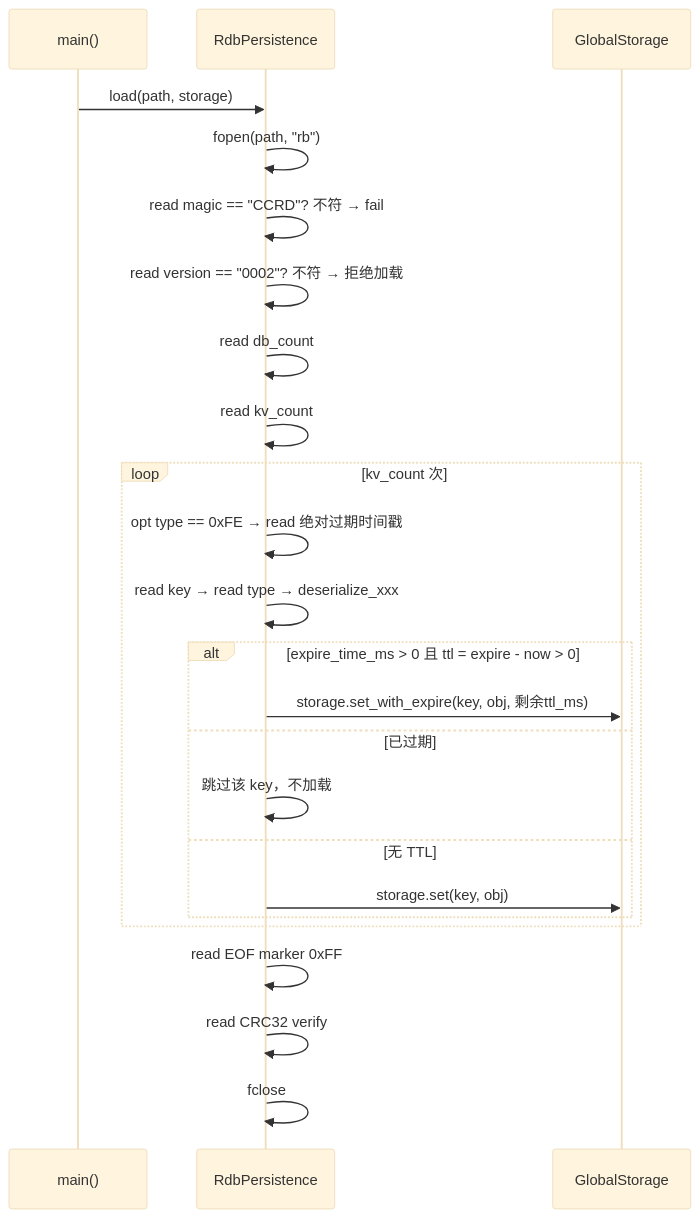
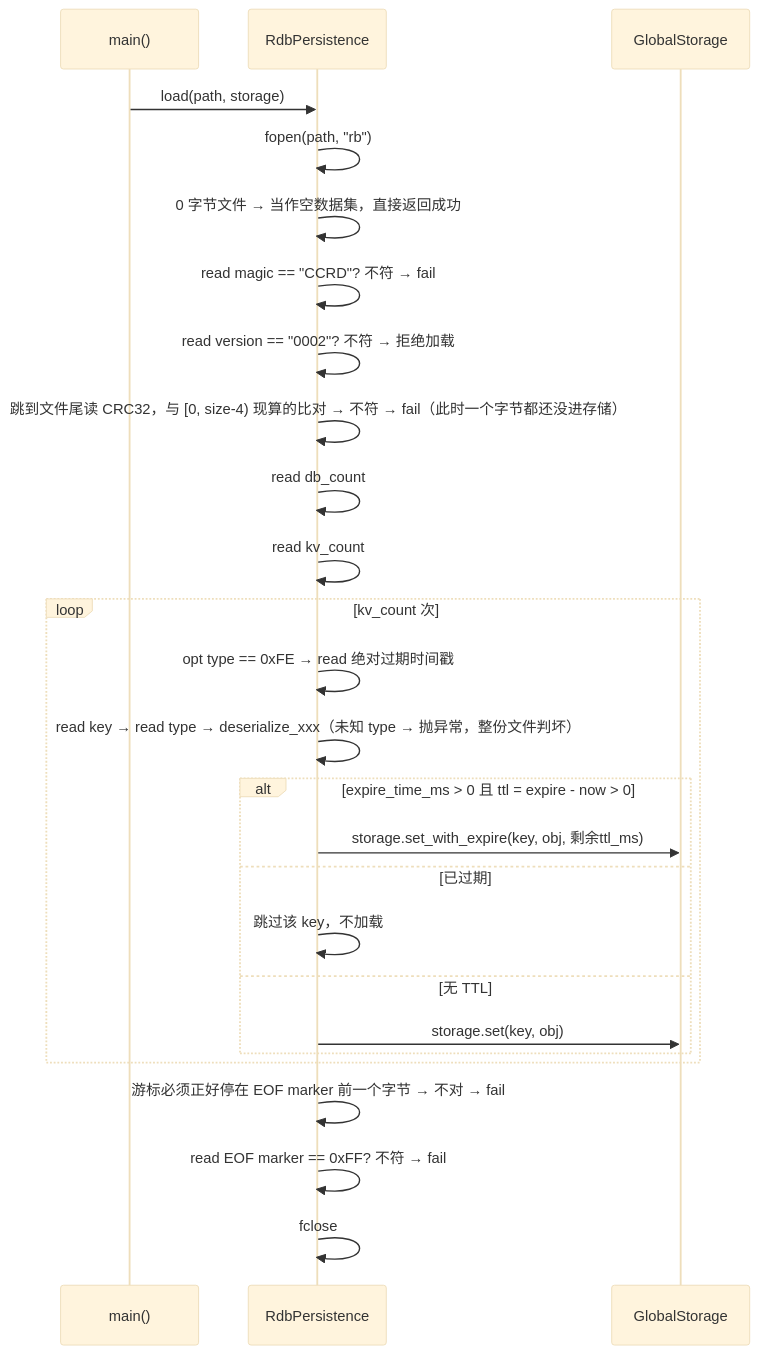
One commit to zimingttkx/ConcurrentCache changed the third of 3 diagrams in docs/architecture/persistence.md. Above: the diagram before and after it, drawn with Mermaid (base theme). The commit also changed other lines of this file and 3 other files, not shown here.

````diff
--- a/docs/architecture/persistence.md
+++ b/docs/architecture/persistence.md
@@ -241,26 +243,28 @@
 ```mermaid
 sequenceDiagram
     participant M as main()
     participant RP as RdbPersistence
     participant GS as GlobalStorage
     M->>RP: load(path, storage)
     RP->>RP: fopen(path, "rb")
+    RP->>RP: 0 字节文件 → 当作空数据集，直接返回成功
     RP->>RP: read magic == "CCRD"? 不符 → fail
     RP->>RP: read version == "0002"? 不符 → 拒绝加载
+    RP->>RP: 跳到文件尾读 CRC32，与 [0, size-4) 现算的比对 → 不符 → fail（此时一个字节都还没进存储）
     RP->>RP: read db_count
     RP->>RP: read kv_count
     loop kv_count 次
         RP->>RP: opt type == 0xFE → read 绝对过期时间戳
-        RP->>RP: read key → read type → deserialize_xxx
+        RP->>RP: read key → read type → deserialize_xxx（未知 type → 抛异常，整份文件判坏）
         alt expire_time_ms > 0 且 ttl = expire - now > 0
             RP->>GS: storage.set_with_expire(key, obj, 剩余ttl_ms)
         else 已过期
             RP->>RP: 跳过该 key，不加载
         else 无 TTL
             RP->>GS: storage.set(key, obj)
         end
     end
-    RP->>RP: read EOF marker 0xFF
-    RP->>RP: read CRC32 verify
+    RP->>RP: 游标必须正好停在 EOF marker 前一个字节 → 不对 → fail
+    RP->>RP: read EOF marker == 0xFF? 不符 → fail
     RP->>RP: fclose
 ```
````
